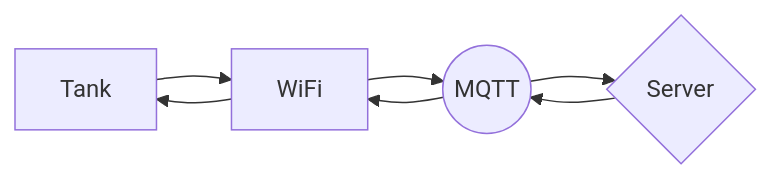
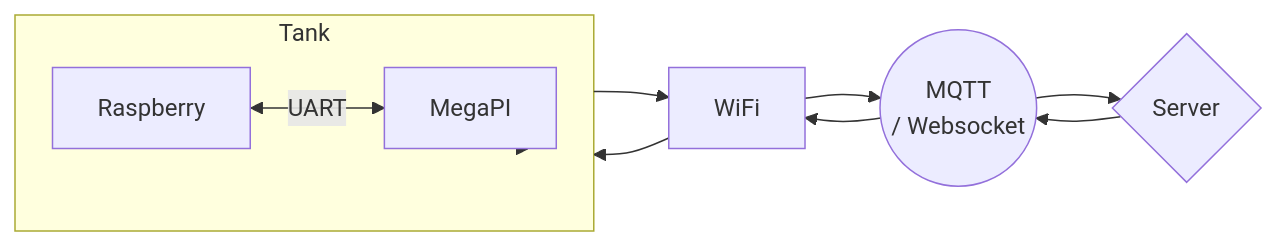
One commit to khvalov/BattleDrome changed the diagram in README.md. Above: the diagram before and after it, drawn with Mermaid. The commit also changed other lines of this file, not shown here.

````diff
--- a/README.md
+++ b/README.md
@@ -68,5 +68,14 @@
 ```mermaid
-graph LR
-A[Tank] --> WiFi--> B((MQTT))--> D{Server}
-D-->B-->WiFi-->A
+flowchart LR
+ subgraph s1["Tank"]
+        A["Raspberry"]
+        n1["MegaPI"]
+  end
+    WiFi["WiFi"] --> B(("MQTT<br>/ Websocket")) & s1
+    B --> D{"Server"} & WiFi
+    D --> B
+    s1 --> WiFi & n1
+    A <-- UART --> n1
+
+    A@{ shape: rect}
 ```
````
